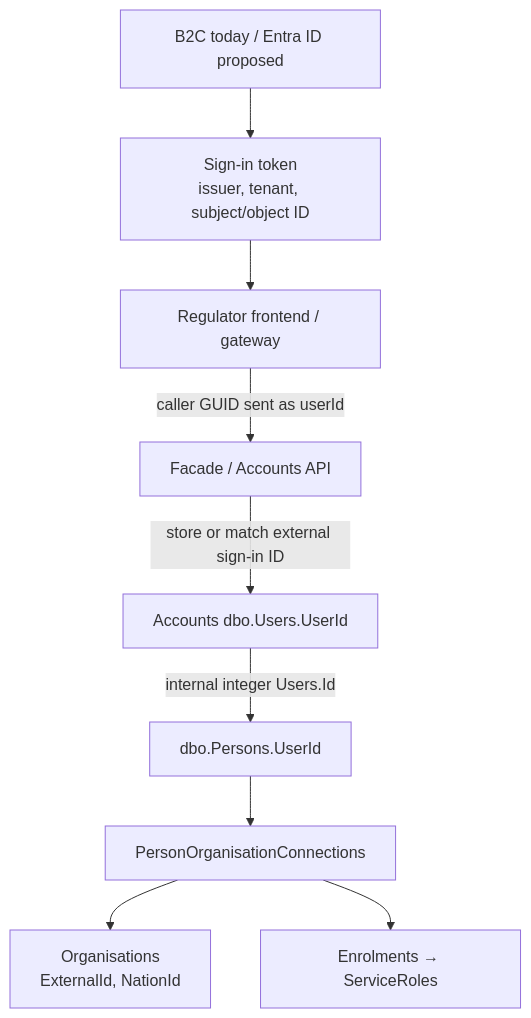
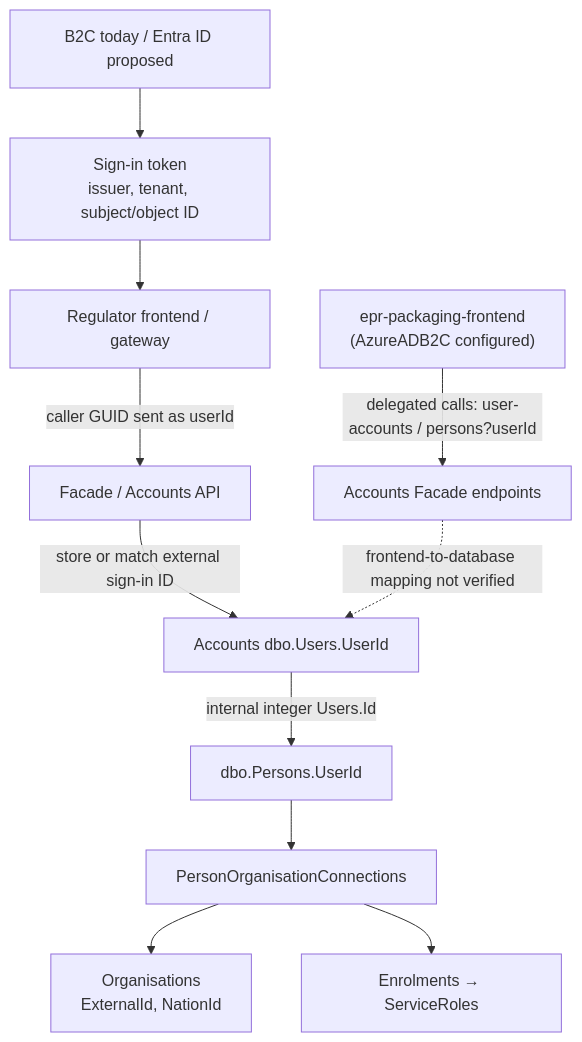
Before and after one commit to DEFRA/epr-data-sqldb: the first of 6 diagrams in docs/identity_provider_EntraID/rpd-users-userid-entra-migration.md, drawn with Mermaid. The commit also changed other lines of this file and 1 other file, not shown here.

Commit message:
include relations with epr-packaging-frontend

````diff
--- a/docs/identity_provider_EntraID/rpd-users-userid-entra-migration.md
+++ b/docs/identity_provider_EntraID/rpd-users-userid-entra-migration.md
@@ -17,11 +17,13 @@
 ```mermaid
 flowchart TB
     IdP["B2C today / Entra ID proposed"] --> Token["Sign-in token\nissuer, tenant, subject/object ID"]
     Token --> RegFE["Regulator frontend / gateway"]
     RegFE -->|"caller GUID sent as userId"| AccountAPI["Facade / Accounts API"]
     AccountAPI -->|"store or match external sign-in ID"| AccountsUser["Accounts dbo.Users.UserId"]
+    PackagingFrontend["epr-packaging-frontend\n(AzureADB2C configured)"] -->|"delegated calls: user-accounts / persons?userId"| PackagingAccountsAPI["Accounts Facade endpoints"]
+    PackagingAccountsAPI -. "frontend-to-database mapping not verified" .-> AccountsUser
     AccountsUser -->|"internal integer Users.Id"| AccountsPerson["dbo.Persons.UserId"]
     AccountsPerson --> AccountsLink["PersonOrganisationConnections"]
     AccountsLink --> AccountsOrg["Organisations\nExternalId, NationId"]
     AccountsLink --> AccountsEnrol["Enrolments → ServiceRoles"]
 ```
````
